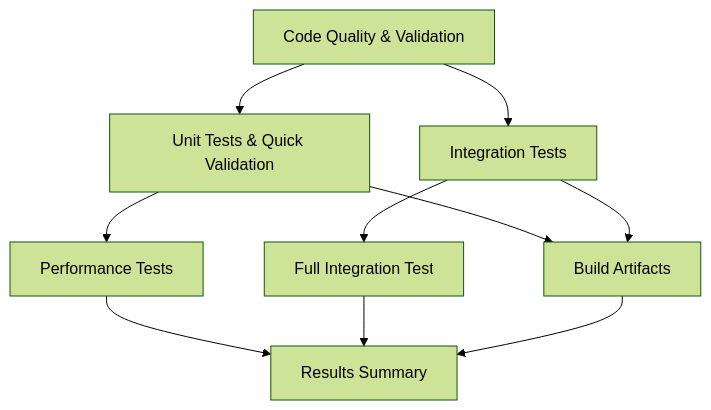
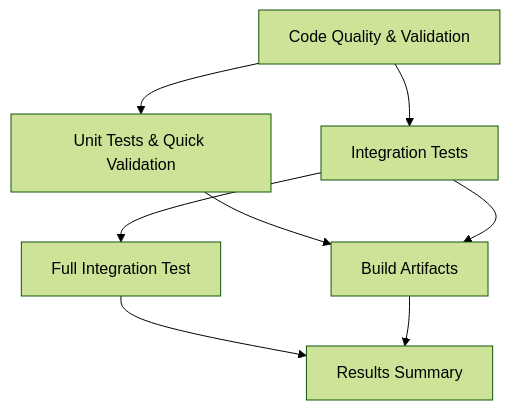
The diagram in docs/cicd.md (sylvester-francis/n8n-selfhoster), drawn with Mermaid (forest theme) before and after one commit. The commit also changed other lines of this file and 1 other file, not shown here.

````diff
--- a/docs/cicd.md
+++ b/docs/cicd.md
@@ -11,12 +11,10 @@
 ```mermaid
 graph TD
     A[Code Quality & Validation] --> B[Unit Tests & Quick Validation]
     A --> C[Integration Tests]
-    B --> D[Performance Tests]
-    C --> E[Full Integration Test]
-    B --> F[Build Artifacts]
-    C --> F
-    D --> G[Results Summary]
-    E --> G
-    F --> G
+    C --> D[Full Integration Test]
+    B --> E[Build Artifacts]
+    C --> E
+    D --> F[Results Summary]
+    E --> F
 ```
````
